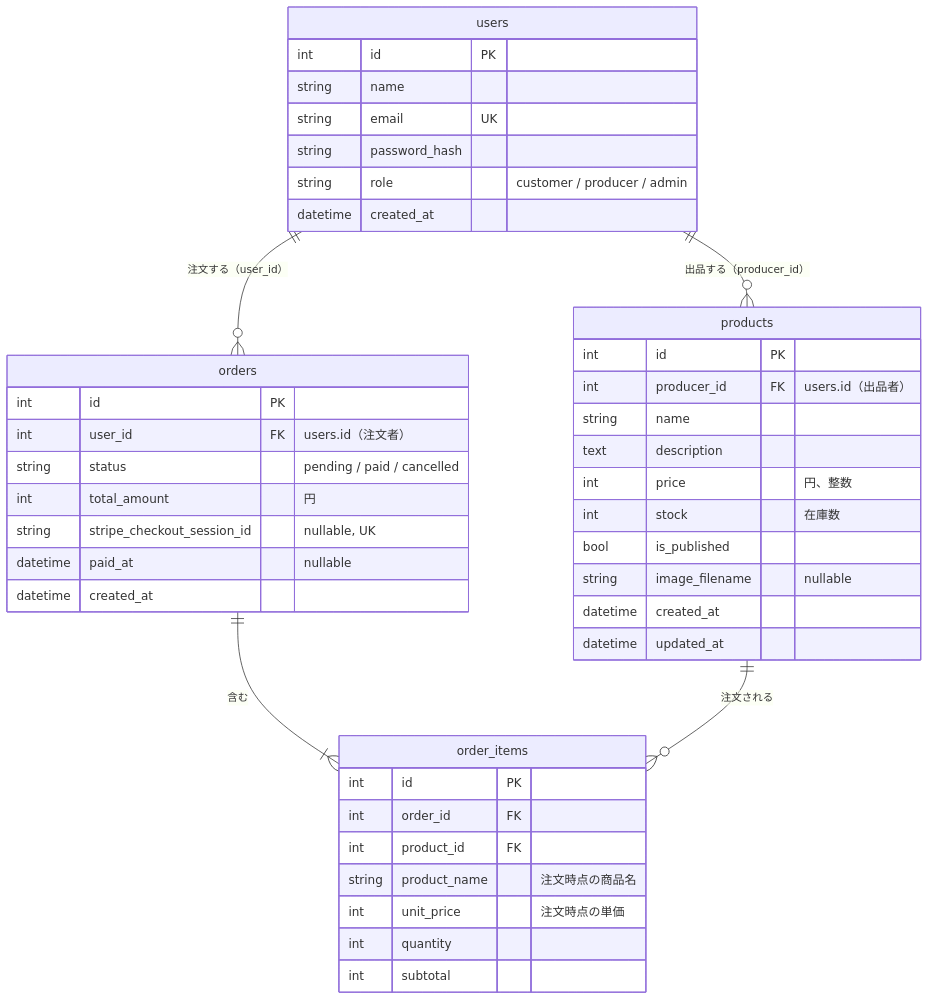
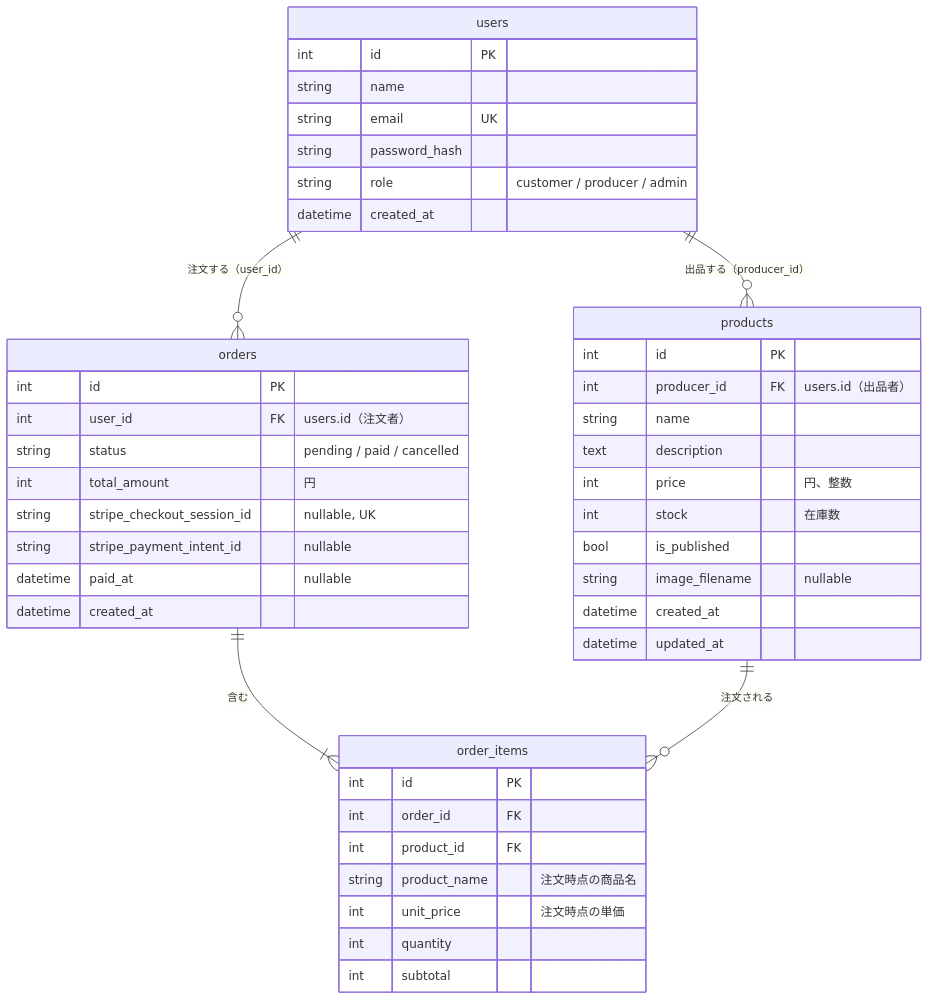
Before and after one commit to nekonimatatabi/marche-app: the diagram in docs/design/database.md, drawn with Mermaid. The commit also changed other lines of this file and 11 other files, not shown here.

````diff
--- a/docs/design/database.md
+++ b/docs/design/database.md
@@ -9,46 +9,47 @@
 ```mermaid
 erDiagram
     users ||--o{ products : "出品する（producer_id）"
     users ||--o{ orders : "注文する（user_id）"
     orders ||--|{ order_items : "含む"
     products ||--o{ order_items : "注文される"
 
     users {
         int id PK
         string name
         string email UK
         string password_hash
         string role "customer / producer / admin"
         datetime created_at
     }
     products {
         int id PK
         int producer_id FK "users.id（出品者）"
         string name
         text description
         int price "円、整数"
         int stock "在庫数"
         bool is_published
         string image_filename "nullable"
         datetime created_at
         datetime updated_at
     }
     orders {
         int id PK
         int user_id FK "users.id（注文者）"
         string status "pending / paid / cancelled"
         int total_amount "円"
         string stripe_checkout_session_id "nullable, UK"
+        string stripe_payment_intent_id "nullable"
         datetime paid_at "nullable"
         datetime created_at
     }
     order_items {
         int id PK
         int order_id FK
         int product_id FK
         string product_name "注文時点の商品名"
         int unit_price "注文時点の単価"
         int quantity
         int subtotal
     }
 ```
````
